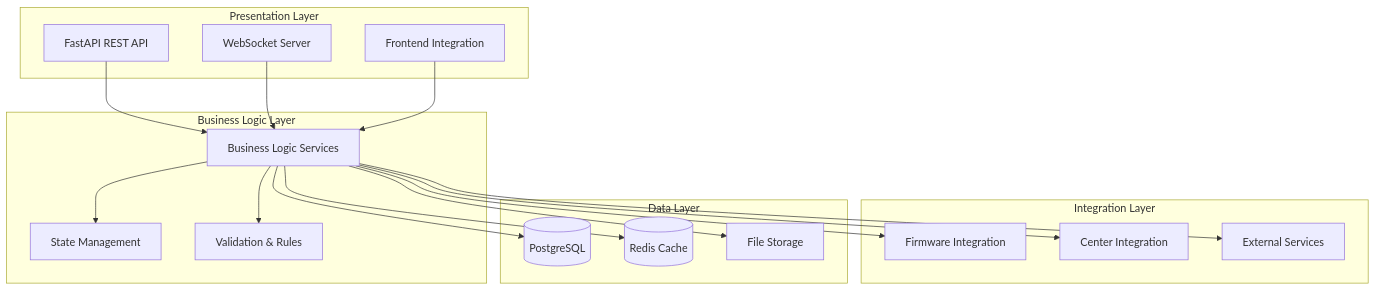
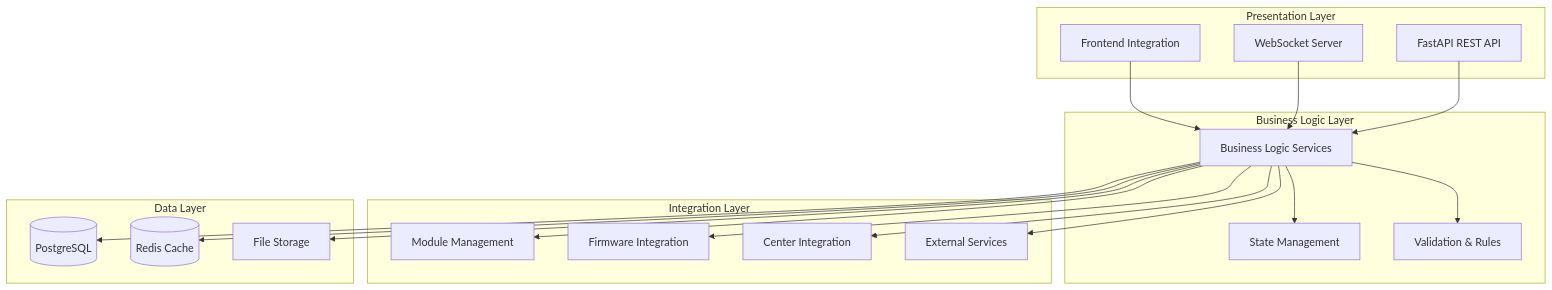
The diagram in docs/05-IMPLEMENTATION/backend/architecture/CORE_ARCHITECTURE.md (kimlam2010/OHT_V2), drawn with Mermaid before and after one commit. The commit also changed other lines of this file and 24 other files, not shown here.

````diff
--- a/docs/05-IMPLEMENTATION/backend/architecture/CORE_ARCHITECTURE.md
+++ b/docs/05-IMPLEMENTATION/backend/architecture/CORE_ARCHITECTURE.md
@@ -19,38 +29,40 @@
 ```mermaid
 graph TB
     subgraph "Presentation Layer"
         API[FastAPI REST API]
         WS[WebSocket Server]
         UI[Frontend Integration]
     end
     
     subgraph "Business Logic Layer"
         BL[Business Logic Services]
         SM[State Management]
         VM[Validation & Rules]
     end
     
     subgraph "Integration Layer"
+        MM[Module Management]
         FW[Firmware Integration]
         CT[Center Integration]
         EX[External Services]
     end
     
     subgraph "Data Layer"
         DB[(PostgreSQL)]
         CACHE[(Redis Cache)]
         FS[File Storage]
     end
     
     API --> BL
     WS --> BL
     UI --> BL
     BL --> SM
     BL --> VM
+    BL --> MM
     BL --> FW
     BL --> CT
     BL --> EX
     BL --> DB
     BL --> CACHE
     BL --> FS
 ```
````
